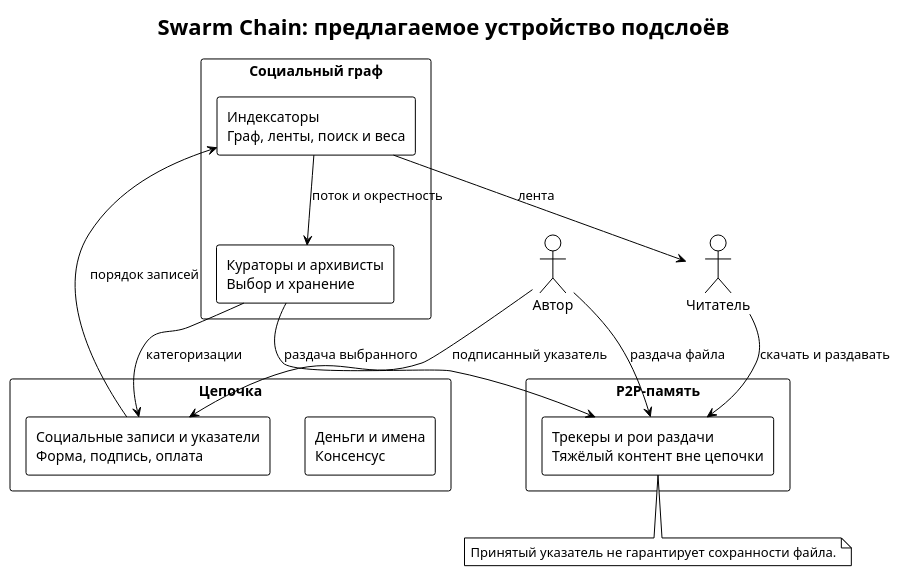
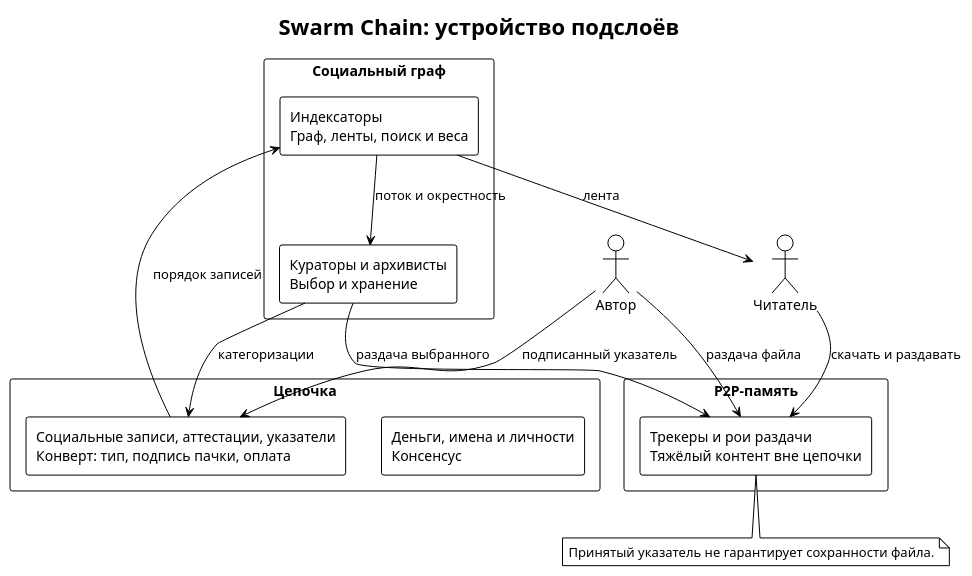
Before and after one commit to relux-works/swarma-docs: the diagram in book/src/sublayers.puml, drawn with PlantUML. The commit also changed 51 other files, not shown here.

```diff
--- a/book/src/sublayers.puml
+++ b/book/src/sublayers.puml
@@ -1,31 +1,31 @@
 @startuml sublayers
 !theme plain
 skinparam defaultFontName "PT Sans"
 skinparam shadowing false
 skinparam packageStyle rectangle
-title Swarm Chain: предлагаемое устройство подслоёв
+title Swarm Chain: устройство подслоёв
 actor "Автор" as A
 actor "Читатель" as V
 package "Цепочка" {
-  rectangle "Деньги и имена\nКонсенсус" as CONS
-  rectangle "Социальные записи и указатели\nФорма, подпись, оплата" as SOC
+  rectangle "Деньги, имена и личности\nКонсенсус" as CONS
+  rectangle "Социальные записи, аттестации, указатели\nКонверт: тип, подпись пачки, оплата" as SOC
 }
 package "Социальный граф" {
   rectangle "Индексаторы\nГраф, ленты, поиск и веса" as I
   rectangle "Кураторы и архивисты\nВыбор и хранение" as K
 }
 package "P2P-память" {
   rectangle "Трекеры и рои раздачи\nТяжёлый контент вне цепочки" as P
 }
 A --> SOC : подписанный указатель
 A --> P : раздача файла
 SOC --> I : порядок записей
 I --> V : лента
 I --> K : поток и окрестность
 K --> SOC : категоризации
 K --> P : раздача выбранного
 V --> P : скачать и раздавать
 note bottom of P
   Принятый указатель не гарантирует сохранности файла.
 end note
 @enduml
```
